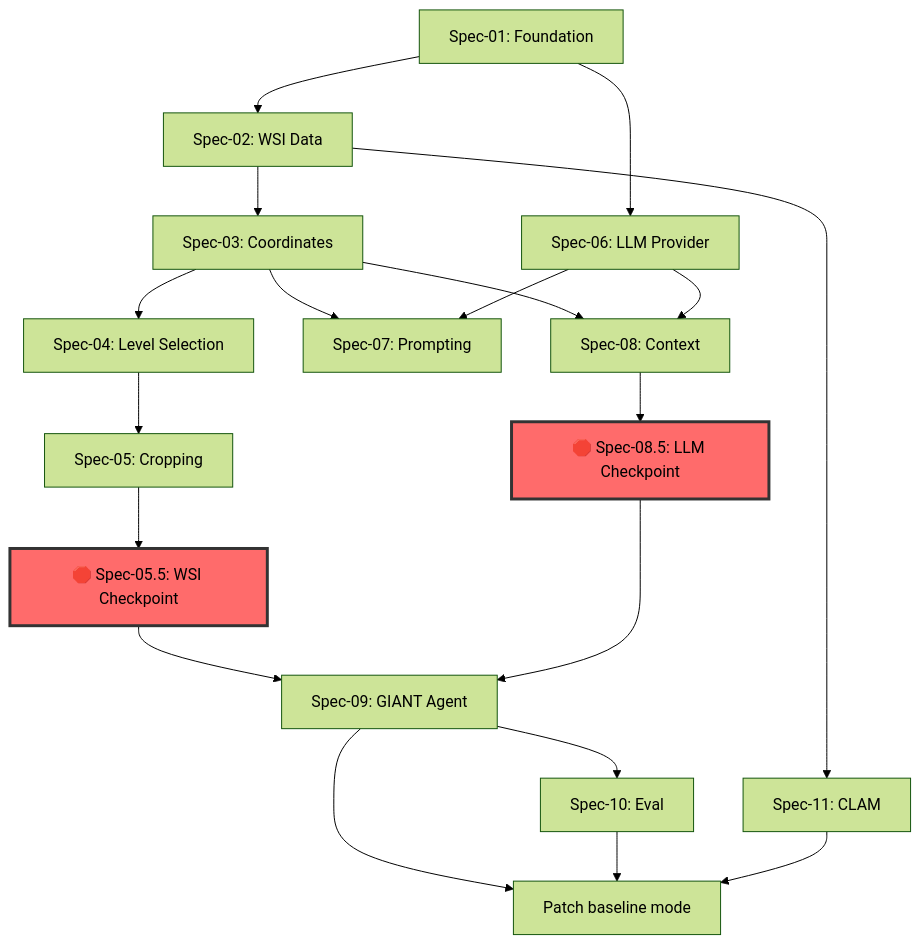
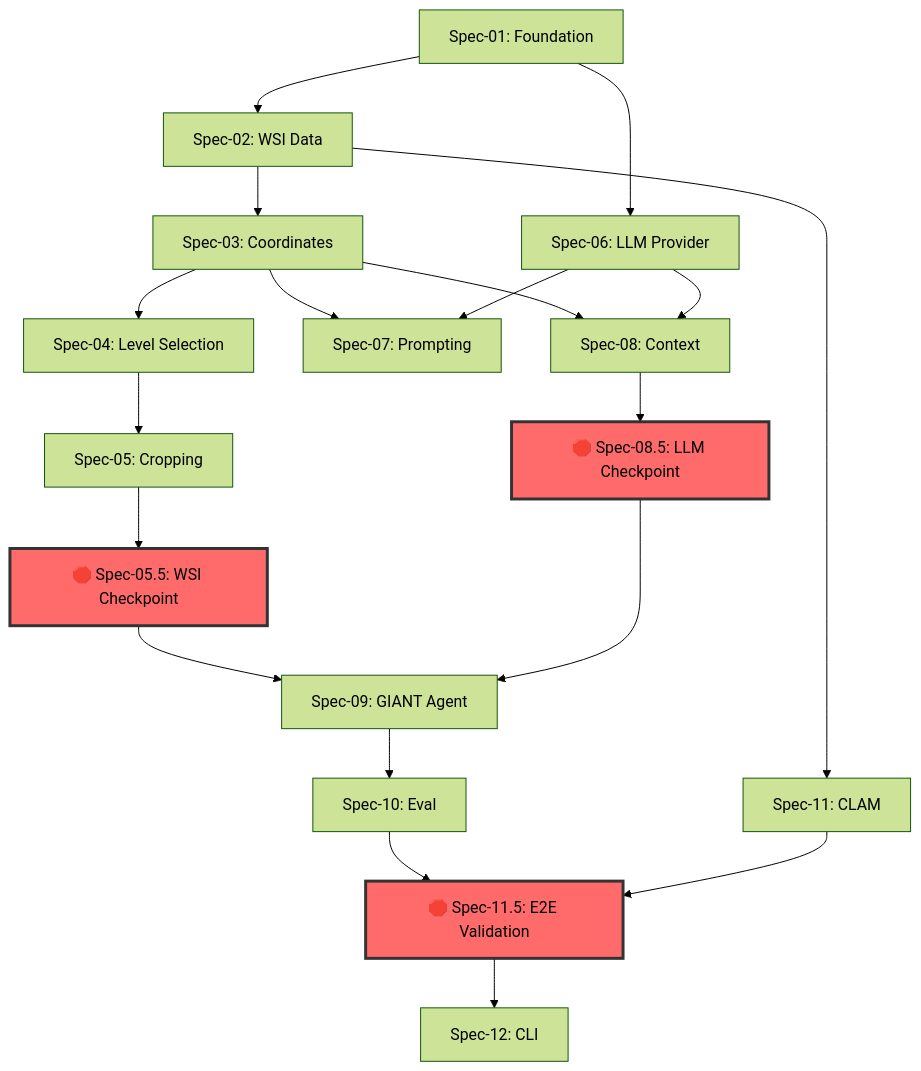
The diagram in docs/specs/README.md (The-Obstacle-Is-The-Way/gigapixel-goblin), drawn with Mermaid (forest theme) before and after one commit. The commit also changed other lines of this file and 21 other files, not shown here.

First line of the commit message:
feat(vision): implement Spec-11 CLAM Integration (Patch Baseline) (#20)

````diff
--- a/docs/specs/README.md
+++ b/docs/specs/README.md
@@ -49,24 +61,25 @@
 ```mermaid
 graph TD
     S01[Spec-01: Foundation] --> S02[Spec-02: WSI Data]
     S01 --> S06[Spec-06: LLM Provider]
     S02 --> S03[Spec-03: Coordinates]
     S02 --> S11[Spec-11: CLAM]
     S03 --> S04[Spec-04: Level Selection]
     S03 --> S07[Spec-07: Prompting]
     S03 --> S08[Spec-08: Context]
     S04 --> S05[Spec-05: Cropping]
     S06 --> S07
     S06 --> S08
     S05 --> S055[🛑 Spec-05.5: WSI Checkpoint]
     S08 --> S085[🛑 Spec-08.5: LLM Checkpoint]
     S055 --> S09[Spec-09: GIANT Agent]
     S085 --> S09
     S09 --> S10[Spec-10: Eval]
-    S09 --> S12[Spec-12: CLI]
-    S10 --> S12
-    S11 --> S12[Patch baseline mode]
+    S10 --> S115[🛑 Spec-11.5: E2E Validation]
+    S11 --> S115
+    S115 --> S12[Spec-12: CLI]
 
     style S055 fill:#ff6b6b,stroke:#333,stroke-width:3px
     style S085 fill:#ff6b6b,stroke:#333,stroke-width:3px
+    style S115 fill:#ff6b6b,stroke:#333,stroke-width:3px
 ```
````
